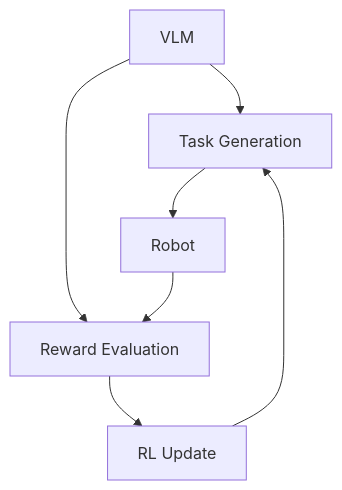
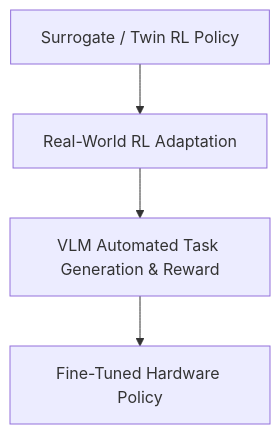
The eighth of 11 diagrams in docs/specs/post-demo/lunch_robotics.md (Freelunch-AI/freelunch-ide), drawn with Mermaid before and after one commit. The commit also changed other lines of this file, not shown here.

````diff
--- a/docs/specs/post-demo/lunch_robotics.md
+++ b/docs/specs/post-demo/lunch_robotics.md
@@ -516,11 +416,6 @@
 ```mermaid
 flowchart TD
-    A["VLM"] --> B["Task Generation"]
-    A --> C["Reward Evaluation"]
-
-    B --> D["Robot"]
-    D --> C
-
-    C --> E["RL Update"]
-    E --> B
+    A["Surrogate / Twin RL Policy"] --> B["Real-World RL Adaptation"]
+    B --> C["VLM Automated Task Generation & Reward"]
+    C --> D["Fine-Tuned Hardware Policy"]
 ```
````
